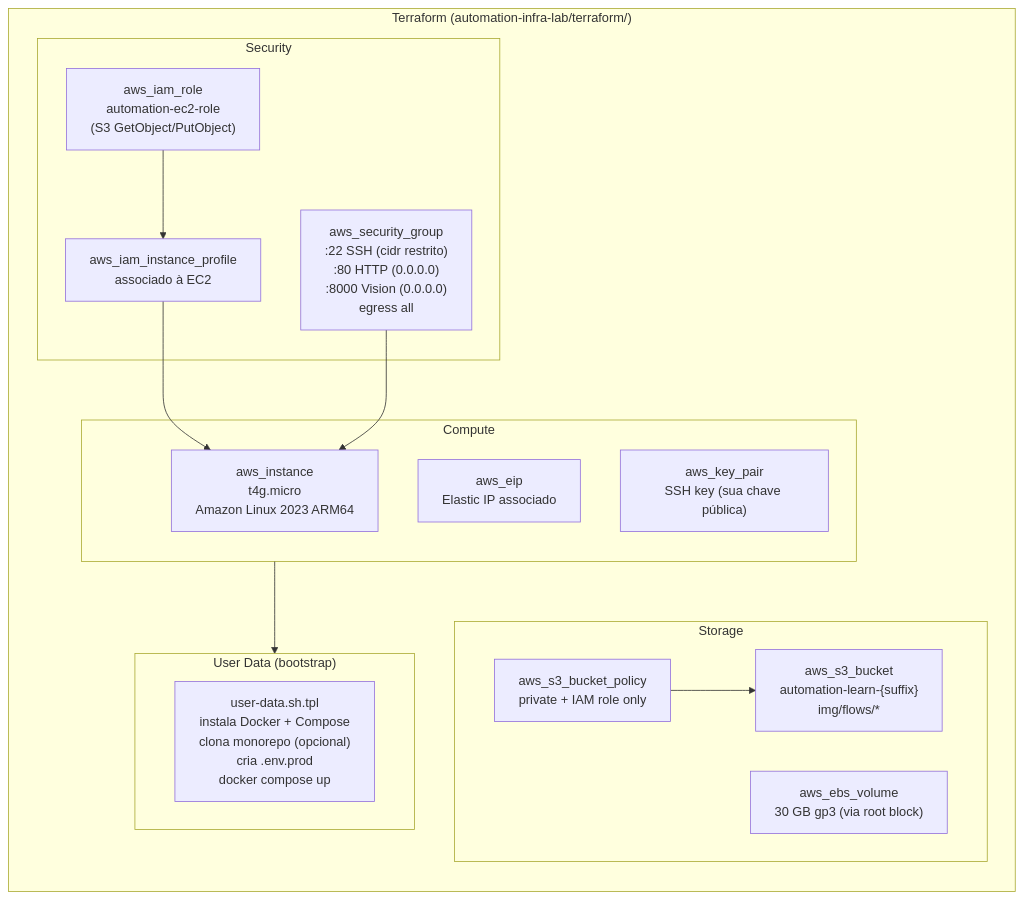
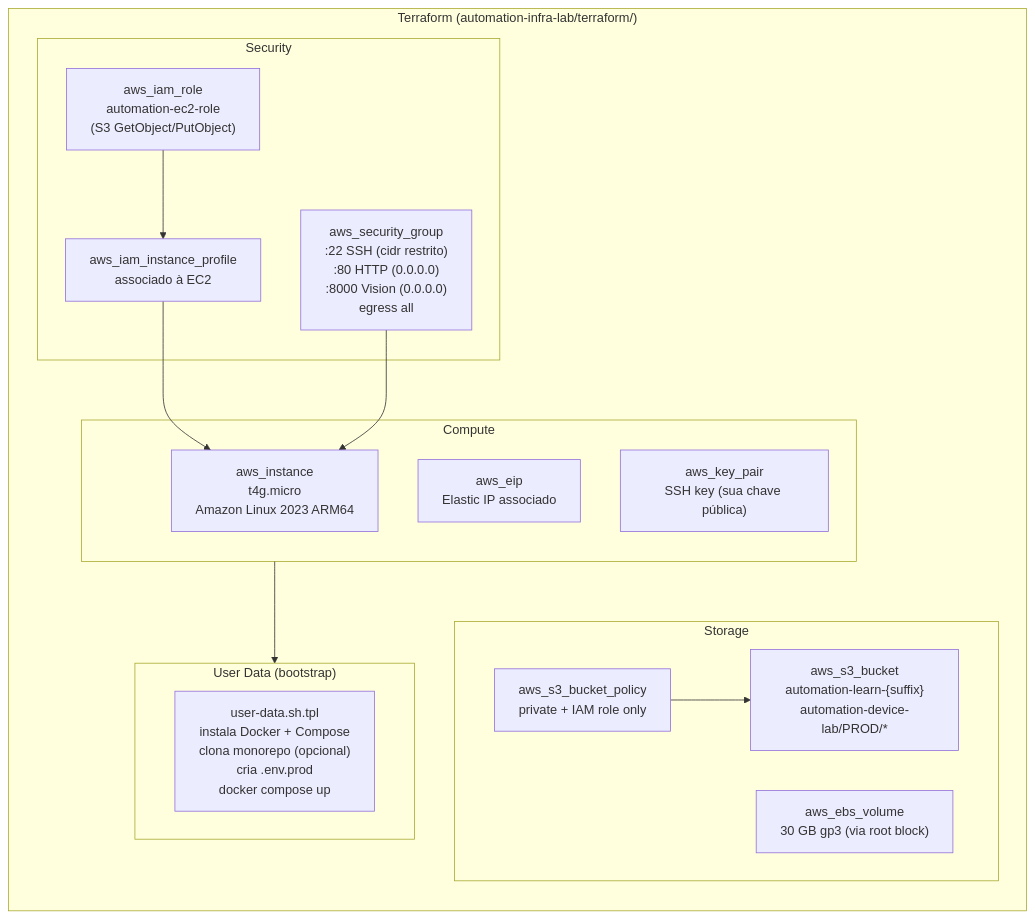
One commit to ConteLucas/automation-docs-lab changed the second of 6 diagrams in infra/ARCHITECTURE.md. Above: the diagram before and after it, drawn with Mermaid. The commit also changed other lines of this file and 15 other files, not shown here.

````diff
--- a/infra/ARCHITECTURE.md
+++ b/infra/ARCHITECTURE.md
@@ -56,33 +56,33 @@
 ```mermaid
 graph LR
     subgraph tf["Terraform (automation-infra-lab/terraform/)"]
         direction TB
 
         subgraph compute["Compute"]
             EC2_RES["aws_instance\nt4g.micro\nAmazon Linux 2023 ARM64"]
             EIP_RES["aws_eip\nElastic IP associado"]
             KEY["aws_key_pair\nSSH key (sua chave pública)"]
         end
 
         subgraph storage["Storage"]
-            S3_RES["aws_s3_bucket\nautomation-learn-{suffix}\nimg/flows/*"]
+            S3_RES["aws_s3_bucket\nautomation-learn-{suffix}\nautomation-device-lab/PROD/*"]
             S3_POL["aws_s3_bucket_policy\nprivate + IAM role only"]
             EBS_RES["aws_ebs_volume\n30 GB gp3 (via root block)"]
         end
 
         subgraph security["Security"]
             SG["aws_security_group\n:22 SSH (cidr restrito)\n:80 HTTP (0.0.0.0)\n:8000 Vision (0.0.0.0)\negress all"]
             ROLE["aws_iam_role\nautomation-ec2-role\n(S3 GetObject/PutObject)"]
             PROFILE["aws_iam_instance_profile\nassociado à EC2"]
         end
 
         subgraph init["User Data (bootstrap)"]
             UD["user-data.sh.tpl\ninstala Docker + Compose\nclona monorepo (opcional)\ncria .env.prod\ndocker compose up"]
         end
     end
 
     compute --> init
     ROLE --> PROFILE --> EC2_RES
     S3_POL --> S3_RES
     SG --> EC2_RES
 ```
````
